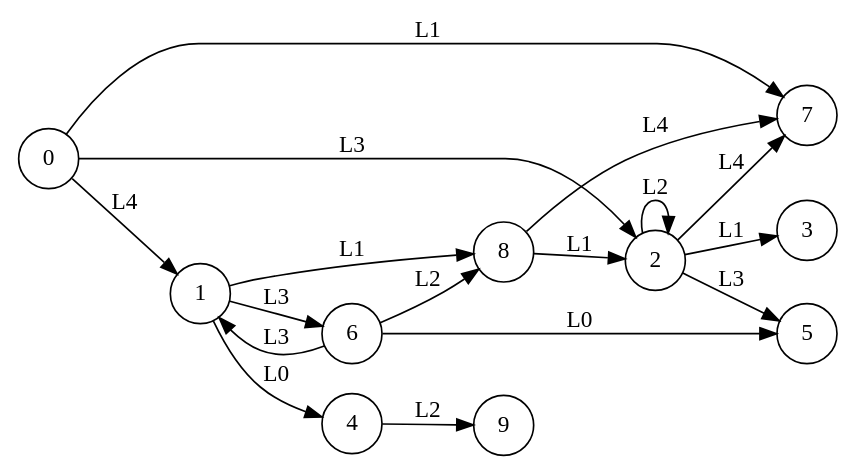
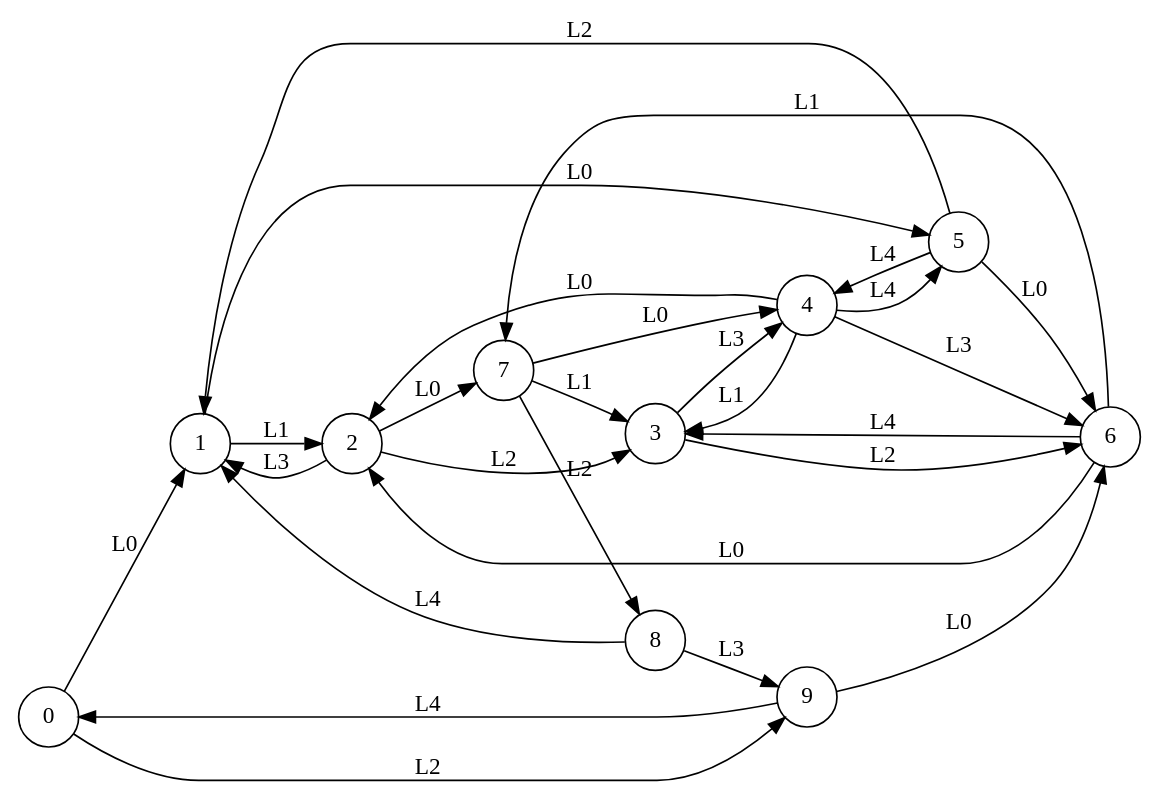
One commit to k85-ai/KB1 changed the diagram in automata/automaton_10_2_5_4.dot. Above: the diagram before and after it, drawn with Graphviz. The commit also changed 441 other files, not shown here.

```diff
--- a/automata/automaton_10_2_5_4.dot
+++ b/automata/automaton_10_2_5_4.dot
@@ -1,29 +1,39 @@
 digraph dotMachine {
   rankdir=LR;
   0 [shape=circle, label="0"];
   1 [shape=circle, label="1"];
   2 [shape=circle, label="2"];
   3 [shape=circle, label="3"];
   4 [shape=circle, label="4"];
   5 [shape=circle, label="5"];
   6 [shape=circle, label="6"];
   7 [shape=circle, label="7"];
   8 [shape=circle, label="8"];
   9 [shape=circle, label="9"];
-  0 -> 1 [label="L4"];
-  0 -> 2 [label="L3"];
-  2 -> 3 [label="L1"];
-  1 -> 4 [label="L0"];
-  2 -> 5 [label="L3"];
-  1 -> 6 [label="L3"];
-  2 -> 7 [label="L4"];
-  6 -> 8 [label="L2"];
-  4 -> 9 [label="L2"];
-  8 -> 7 [label="L4"];
-  1 -> 8 [label="L1"];
-  6 -> 5 [label="L0"];
-  6 -> 1 [label="L3"];
-  8 -> 2 [label="L1"];
-  2 -> 2 [label="L2"];
-  0 -> 7 [label="L1"];
+  0 -> 1 [label="L0"];
+  1 -> 2 [label="L1"];
+  2 -> 3 [label="L2"];
+  3 -> 4 [label="L3"];
+  4 -> 5 [label="L4"];
+  5 -> 6 [label="L0"];
+  6 -> 7 [label="L1"];
+  7 -> 8 [label="L2"];
+  8 -> 9 [label="L3"];
+  9 -> 0 [label="L4"];
+  7 -> 4 [label="L0"];
+  6 -> 2 [label="L0"];
+  2 -> 7 [label="L0"];
+  4 -> 3 [label="L1"];
+  4 -> 2 [label="L0"];
+  6 -> 3 [label="L4"];
+  5 -> 1 [label="L2"];
+  3 -> 6 [label="L2"];
+  4 -> 6 [label="L3"];
+  0 -> 9 [label="L2"];
+  5 -> 4 [label="L4"];
+  7 -> 3 [label="L1"];
+  2 -> 1 [label="L3"];
+  9 -> 6 [label="L0"];
+  1 -> 5 [label="L0"];
+  8 -> 1 [label="L4"];
 }
```
